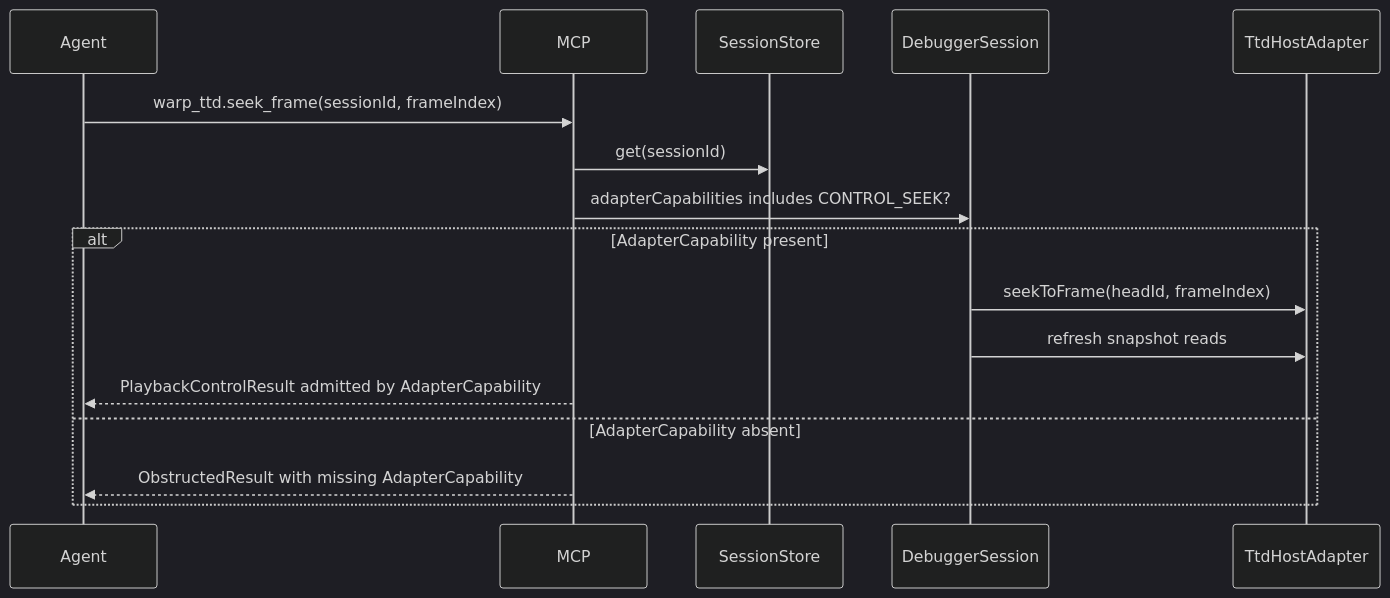
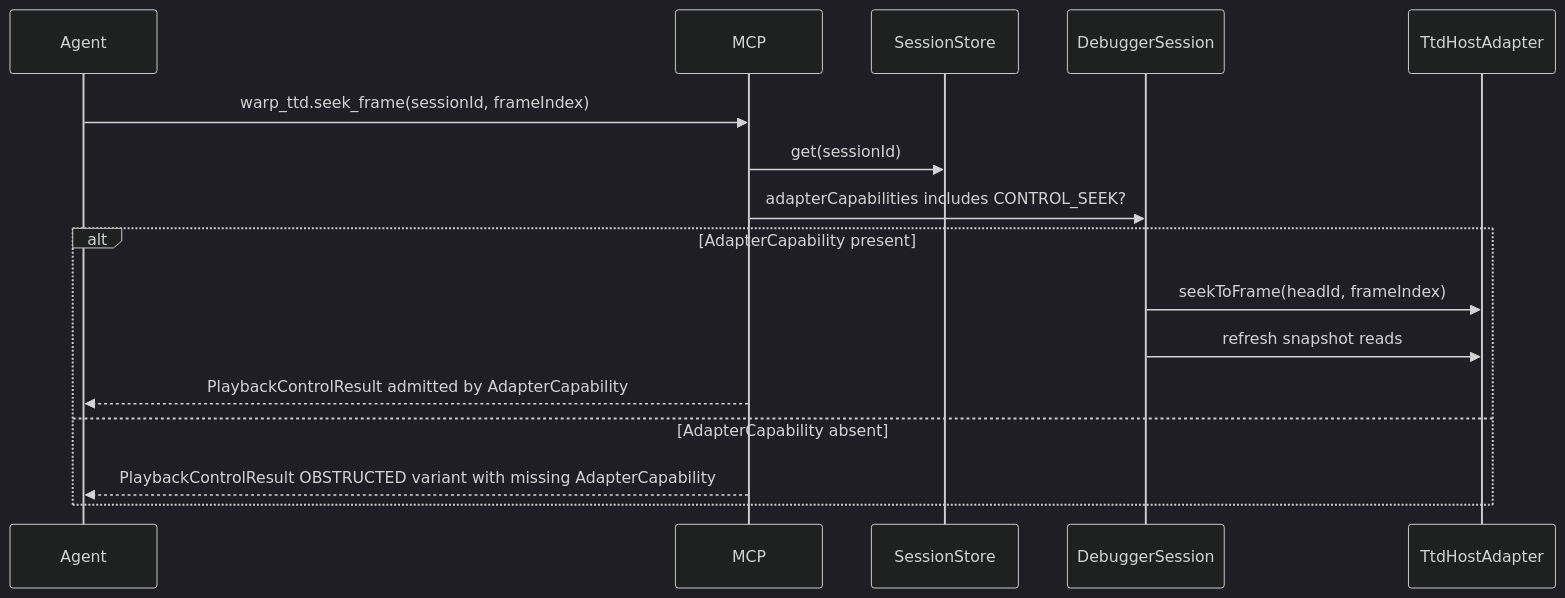
One commit to flyingrobots/warp-ttd changed the fifth of 6 diagrams in docs/design/0022-mcp-agent-parity/mcp-agent-parity.md. Above: the diagram before and after it, drawn with Mermaid (dark theme). The commit also changed other lines of this file and 2 other files, not shown here.

Commit message:
Fix: unify playback obstruction contract

````diff
--- a/docs/design/0022-mcp-agent-parity/mcp-agent-parity.md
+++ b/docs/design/0022-mcp-agent-parity/mcp-agent-parity.md
@@ -245,19 +245,19 @@
 ```mermaid
 sequenceDiagram
     participant Agent
     participant MCP
     participant Store as SessionStore
     participant Session as DebuggerSession
     participant Adapter as TtdHostAdapter
 
     Agent->>MCP: warp_ttd.seek_frame(sessionId, frameIndex)
     MCP->>Store: get(sessionId)
     MCP->>Session: adapterCapabilities includes CONTROL_SEEK?
     alt AdapterCapability present
         Session->>Adapter: seekToFrame(headId, frameIndex)
         Session->>Adapter: refresh snapshot reads
         MCP-->>Agent: PlaybackControlResult admitted by AdapterCapability
     else AdapterCapability absent
-        MCP-->>Agent: ObstructedResult with missing AdapterCapability
+        MCP-->>Agent: PlaybackControlResult OBSTRUCTED variant with missing AdapterCapability
     end
 ```
````
